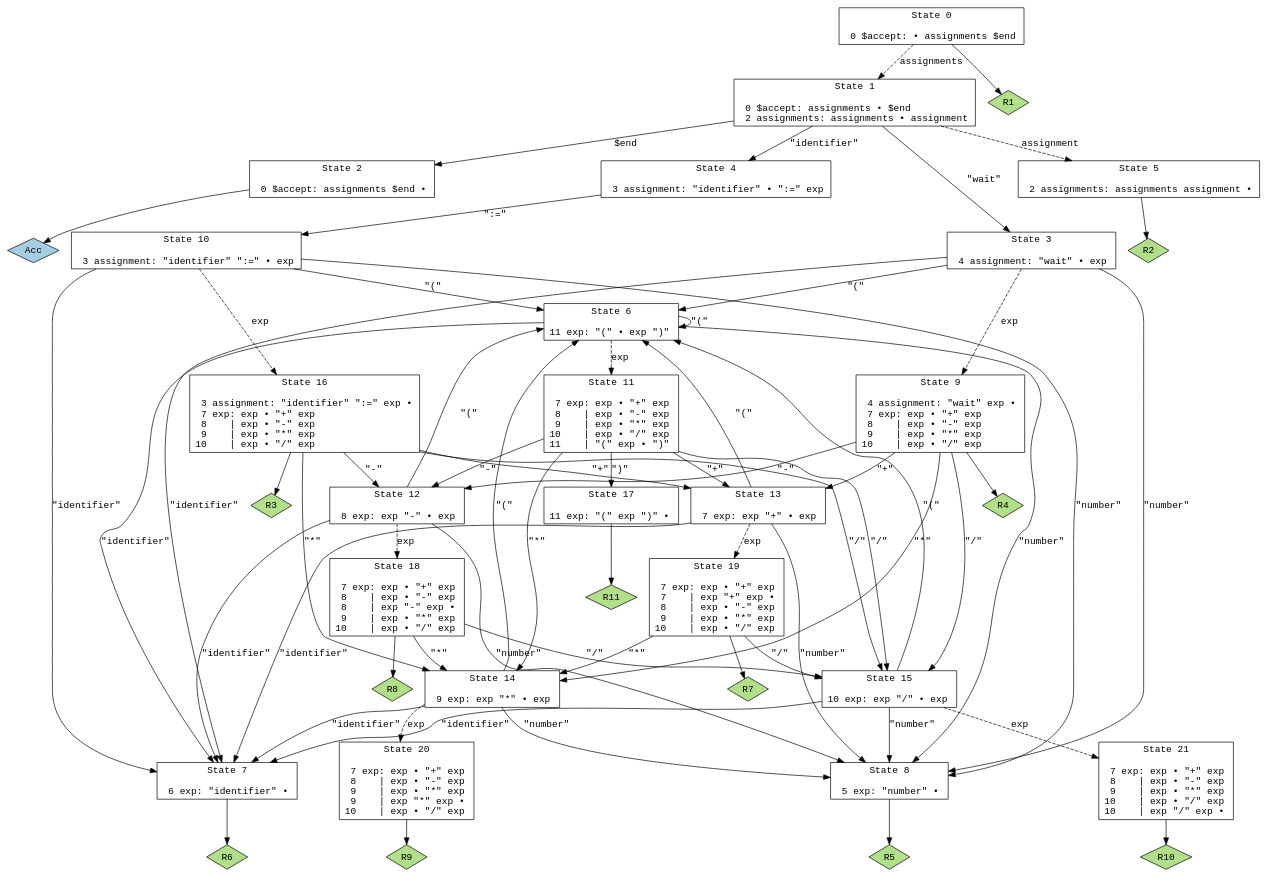
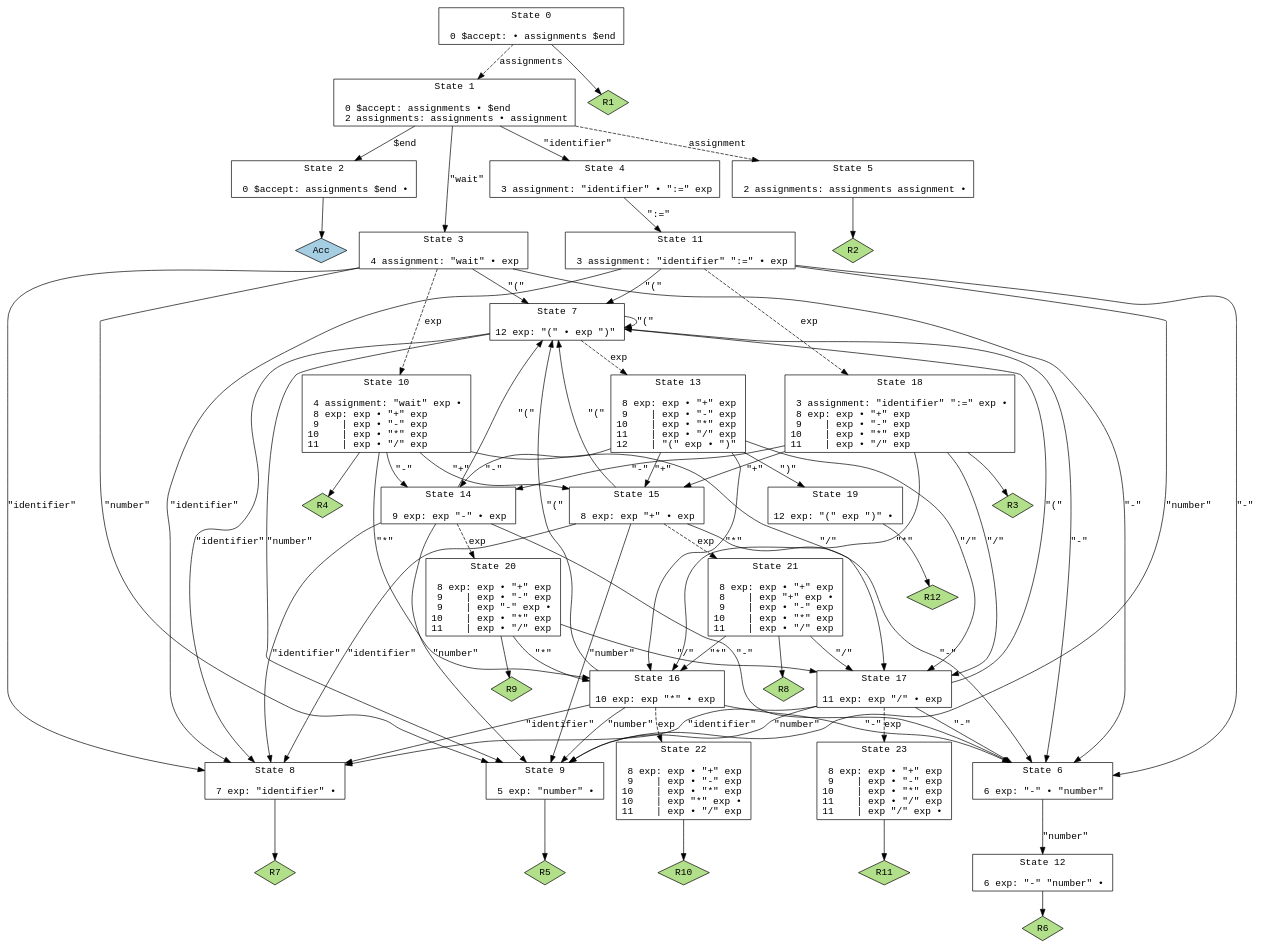
One commit to mahlenmorris/VCVRack changed the diagram in src/parser/parser.gv. Above: the diagram before and after it, drawn with Graphviz. The commit also changed 10 other files, not shown here.

```diff
--- a/src/parser/parser.gv
+++ b/src/parser/parser.gv
@@ -1,107 +1,119 @@
 // Generated by GNU Bison 3.8.2.
 // Report bugs to <bug-bison@gnu.org>.
 // Home page: <https://www.gnu.org/software/bison/>.
 
 digraph "parser.yy"
 {
   node [fontname = courier, shape = box, colorscheme = paired6]
   edge [fontname = courier]
 
   0 [label="State 0\n\l  0 $accept: • assignments $end\l"]
   0 -> 1 [style=dashed label="assignments"]
   0 -> "0R1" [style=solid]
  "0R1" [label="R1", fillcolor=3, shape=diamond, style=filled]
   1 [label="State 1\n\l  0 $accept: assignments • $end\l  2 assignments: assignments • assignment\l"]
   1 -> 2 [style=solid label="$end"]
   1 -> 3 [style=solid label="\"wait\""]
   1 -> 4 [style=solid label="\"identifier\""]
   1 -> 5 [style=dashed label="assignment"]
   2 [label="State 2\n\l  0 $accept: assignments $end •\l"]
   2 -> "2R0" [style=solid]
  "2R0" [label="Acc", fillcolor=1, shape=diamond, style=filled]
   3 [label="State 3\n\l  4 assignment: \"wait\" • exp\l"]
-  3 -> 6 [style=solid label="\"(\""]
-  3 -> 7 [style=solid label="\"identifier\""]
-  3 -> 8 [style=solid label="\"number\""]
-  3 -> 9 [style=dashed label="exp"]
+  3 -> 6 [style=solid label="\"-\""]
+  3 -> 7 [style=solid label="\"(\""]
+  3 -> 8 [style=solid label="\"identifier\""]
+  3 -> 9 [style=solid label="\"number\""]
+  3 -> 10 [style=dashed label="exp"]
   4 [label="State 4\n\l  3 assignment: \"identifier\" • \":=\" exp\l"]
-  4 -> 10 [style=solid label="\":=\""]
+  4 -> 11 [style=solid label="\":=\""]
   5 [label="State 5\n\l  2 assignments: assignments assignment •\l"]
   5 -> "5R2" [style=solid]
  "5R2" [label="R2", fillcolor=3, shape=diamond, style=filled]
-  6 [label="State 6\n\l 11 exp: \"(\" • exp \")\"\l"]
-  6 -> 6 [style=solid label="\"(\""]
-  6 -> 7 [style=solid label="\"identifier\""]
-  6 -> 8 [style=solid label="\"number\""]
-  6 -> 11 [style=dashed label="exp"]
-  7 [label="State 7\n\l  6 exp: \"identifier\" •\l"]
-  7 -> "7R6" [style=solid]
- "7R6" [label="R6", fillcolor=3, shape=diamond, style=filled]
-  8 [label="State 8\n\l  5 exp: \"number\" •\l"]
-  8 -> "8R5" [style=solid]
- "8R5" [label="R5", fillcolor=3, shape=diamond, style=filled]
-  9 [label="State 9\n\l  4 assignment: \"wait\" exp •\l  7 exp: exp • \"+\" exp\l  8    | exp • \"-\" exp\l  9    | exp • \"*\" exp\l 10    | exp • \"/\" exp\l"]
-  9 -> 12 [style=solid label="\"-\""]
-  9 -> 13 [style=solid label="\"+\""]
-  9 -> 14 [style=solid label="\"*\""]
-  9 -> 15 [style=solid label="\"/\""]
-  9 -> "9R4" [style=solid]
- "9R4" [label="R4", fillcolor=3, shape=diamond, style=filled]
-  10 [label="State 10\n\l  3 assignment: \"identifier\" \":=\" • exp\l"]
-  10 -> 6 [style=solid label="\"(\""]
-  10 -> 7 [style=solid label="\"identifier\""]
-  10 -> 8 [style=solid label="\"number\""]
-  10 -> 16 [style=dashed label="exp"]
-  11 [label="State 11\n\l  7 exp: exp • \"+\" exp\l  8    | exp • \"-\" exp\l  9    | exp • \"*\" exp\l 10    | exp • \"/\" exp\l 11    | \"(\" exp • \")\"\l"]
-  11 -> 12 [style=solid label="\"-\""]
-  11 -> 13 [style=solid label="\"+\""]
-  11 -> 14 [style=solid label="\"*\""]
-  11 -> 15 [style=solid label="\"/\""]
-  11 -> 17 [style=solid label="\")\""]
-  12 [label="State 12\n\l  8 exp: exp \"-\" • exp\l"]
-  12 -> 6 [style=solid label="\"(\""]
-  12 -> 7 [style=solid label="\"identifier\""]
-  12 -> 8 [style=solid label="\"number\""]
-  12 -> 18 [style=dashed label="exp"]
-  13 [label="State 13\n\l  7 exp: exp \"+\" • exp\l"]
-  13 -> 6 [style=solid label="\"(\""]
-  13 -> 7 [style=solid label="\"identifier\""]
-  13 -> 8 [style=solid label="\"number\""]
-  13 -> 19 [style=dashed label="exp"]
-  14 [label="State 14\n\l  9 exp: exp \"*\" • exp\l"]
-  14 -> 6 [style=solid label="\"(\""]
-  14 -> 7 [style=solid label="\"identifier\""]
-  14 -> 8 [style=solid label="\"number\""]
+  6 [label="State 6\n\l  6 exp: \"-\" • \"number\"\l"]
+  6 -> 12 [style=solid label="\"number\""]
+  7 [label="State 7\n\l 12 exp: \"(\" • exp \")\"\l"]
+  7 -> 6 [style=solid label="\"-\""]
+  7 -> 7 [style=solid label="\"(\""]
+  7 -> 8 [style=solid label="\"identifier\""]
+  7 -> 9 [style=solid label="\"number\""]
+  7 -> 13 [style=dashed label="exp"]
+  8 [label="State 8\n\l  7 exp: \"identifier\" •\l"]
+  8 -> "8R7" [style=solid]
+ "8R7" [label="R7", fillcolor=3, shape=diamond, style=filled]
+  9 [label="State 9\n\l  5 exp: \"number\" •\l"]
+  9 -> "9R5" [style=solid]
+ "9R5" [label="R5", fillcolor=3, shape=diamond, style=filled]
+  10 [label="State 10\n\l  4 assignment: \"wait\" exp •\l  8 exp: exp • \"+\" exp\l  9    | exp • \"-\" exp\l 10    | exp • \"*\" exp\l 11    | exp • \"/\" exp\l"]
+  10 -> 14 [style=solid label="\"-\""]
+  10 -> 15 [style=solid label="\"+\""]
+  10 -> 16 [style=solid label="\"*\""]
+  10 -> 17 [style=solid label="\"/\""]
+  10 -> "10R4" [style=solid]
+ "10R4" [label="R4", fillcolor=3, shape=diamond, style=filled]
+  11 [label="State 11\n\l  3 assignment: \"identifier\" \":=\" • exp\l"]
+  11 -> 6 [style=solid label="\"-\""]
+  11 -> 7 [style=solid label="\"(\""]
+  11 -> 8 [style=solid label="\"identifier\""]
+  11 -> 9 [style=solid label="\"number\""]
+  11 -> 18 [style=dashed label="exp"]
+  12 [label="State 12\n\l  6 exp: \"-\" \"number\" •\l"]
+  12 -> "12R6" [style=solid]
+ "12R6" [label="R6", fillcolor=3, shape=diamond, style=filled]
+  13 [label="State 13\n\l  8 exp: exp • \"+\" exp\l  9    | exp • \"-\" exp\l 10    | exp • \"*\" exp\l 11    | exp • \"/\" exp\l 12    | \"(\" exp • \")\"\l"]
+  13 -> 14 [style=solid label="\"-\""]
+  13 -> 15 [style=solid label="\"+\""]
+  13 -> 16 [style=solid label="\"*\""]
+  13 -> 17 [style=solid label="\"/\""]
+  13 -> 19 [style=solid label="\")\""]
+  14 [label="State 14\n\l  9 exp: exp \"-\" • exp\l"]
+  14 -> 6 [style=solid label="\"-\""]
+  14 -> 7 [style=solid label="\"(\""]
+  14 -> 8 [style=solid label="\"identifier\""]
+  14 -> 9 [style=solid label="\"number\""]
   14 -> 20 [style=dashed label="exp"]
-  15 [label="State 15\n\l 10 exp: exp \"/\" • exp\l"]
-  15 -> 6 [style=solid label="\"(\""]
-  15 -> 7 [style=solid label="\"identifier\""]
-  15 -> 8 [style=solid label="\"number\""]
+  15 [label="State 15\n\l  8 exp: exp \"+\" • exp\l"]
+  15 -> 6 [style=solid label="\"-\""]
+  15 -> 7 [style=solid label="\"(\""]
+  15 -> 8 [style=solid label="\"identifier\""]
+  15 -> 9 [style=solid label="\"number\""]
   15 -> 21 [style=dashed label="exp"]
-  16 [label="State 16\n\l  3 assignment: \"identifier\" \":=\" exp •\l  7 exp: exp • \"+\" exp\l  8    | exp • \"-\" exp\l  9    | exp • \"*\" exp\l 10    | exp • \"/\" exp\l"]
-  16 -> 12 [style=solid label="\"-\""]
-  16 -> 13 [style=solid label="\"+\""]
-  16 -> 14 [style=solid label="\"*\""]
-  16 -> 15 [style=solid label="\"/\""]
-  16 -> "16R3" [style=solid]
- "16R3" [label="R3", fillcolor=3, shape=diamond, style=filled]
-  17 [label="State 17\n\l 11 exp: \"(\" exp \")\" •\l"]
-  17 -> "17R11" [style=solid]
- "17R11" [label="R11", fillcolor=3, shape=diamond, style=filled]
-  18 [label="State 18\n\l  7 exp: exp • \"+\" exp\l  8    | exp • \"-\" exp\l  8    | exp \"-\" exp •\l  9    | exp • \"*\" exp\l 10    | exp • \"/\" exp\l"]
-  18 -> 14 [style=solid label="\"*\""]
-  18 -> 15 [style=solid label="\"/\""]
-  18 -> "18R8" [style=solid]
- "18R8" [label="R8", fillcolor=3, shape=diamond, style=filled]
-  19 [label="State 19\n\l  7 exp: exp • \"+\" exp\l  7    | exp \"+\" exp •\l  8    | exp • \"-\" exp\l  9    | exp • \"*\" exp\l 10    | exp • \"/\" exp\l"]
-  19 -> 14 [style=solid label="\"*\""]
-  19 -> 15 [style=solid label="\"/\""]
-  19 -> "19R7" [style=solid]
- "19R7" [label="R7", fillcolor=3, shape=diamond, style=filled]
-  20 [label="State 20\n\l  7 exp: exp • \"+\" exp\l  8    | exp • \"-\" exp\l  9    | exp • \"*\" exp\l  9    | exp \"*\" exp •\l 10    | exp • \"/\" exp\l"]
+  16 [label="State 16\n\l 10 exp: exp \"*\" • exp\l"]
+  16 -> 6 [style=solid label="\"-\""]
+  16 -> 7 [style=solid label="\"(\""]
+  16 -> 8 [style=solid label="\"identifier\""]
+  16 -> 9 [style=solid label="\"number\""]
+  16 -> 22 [style=dashed label="exp"]
+  17 [label="State 17\n\l 11 exp: exp \"/\" • exp\l"]
+  17 -> 6 [style=solid label="\"-\""]
+  17 -> 7 [style=solid label="\"(\""]
+  17 -> 8 [style=solid label="\"identifier\""]
+  17 -> 9 [style=solid label="\"number\""]
+  17 -> 23 [style=dashed label="exp"]
+  18 [label="State 18\n\l  3 assignment: \"identifier\" \":=\" exp •\l  8 exp: exp • \"+\" exp\l  9    | exp • \"-\" exp\l 10    | exp • \"*\" exp\l 11    | exp • \"/\" exp\l"]
+  18 -> 14 [style=solid label="\"-\""]
+  18 -> 15 [style=solid label="\"+\""]
+  18 -> 16 [style=solid label="\"*\""]
+  18 -> 17 [style=solid label="\"/\""]
+  18 -> "18R3" [style=solid]
+ "18R3" [label="R3", fillcolor=3, shape=diamond, style=filled]
+  19 [label="State 19\n\l 12 exp: \"(\" exp \")\" •\l"]
+  19 -> "19R12" [style=solid]
+ "19R12" [label="R12", fillcolor=3, shape=diamond, style=filled]
+  20 [label="State 20\n\l  8 exp: exp • \"+\" exp\l  9    | exp • \"-\" exp\l  9    | exp \"-\" exp •\l 10    | exp • \"*\" exp\l 11    | exp • \"/\" exp\l"]
+  20 -> 16 [style=solid label="\"*\""]
+  20 -> 17 [style=solid label="\"/\""]
   20 -> "20R9" [style=solid]
  "20R9" [label="R9", fillcolor=3, shape=diamond, style=filled]
-  21 [label="State 21\n\l  7 exp: exp • \"+\" exp\l  8    | exp • \"-\" exp\l  9    | exp • \"*\" exp\l 10    | exp • \"/\" exp\l 10    | exp \"/\" exp •\l"]
-  21 -> "21R10" [style=solid]
- "21R10" [label="R10", fillcolor=3, shape=diamond, style=filled]
+  21 [label="State 21\n\l  8 exp: exp • \"+\" exp\l  8    | exp \"+\" exp •\l  9    | exp • \"-\" exp\l 10    | exp • \"*\" exp\l 11    | exp • \"/\" exp\l"]
+  21 -> 16 [style=solid label="\"*\""]
+  21 -> 17 [style=solid label="\"/\""]
+  21 -> "21R8" [style=solid]
+ "21R8" [label="R8", fillcolor=3, shape=diamond, style=filled]
+  22 [label="State 22\n\l  8 exp: exp • \"+\" exp\l  9    | exp • \"-\" exp\l 10    | exp • \"*\" exp\l 10    | exp \"*\" exp •\l 11    | exp • \"/\" exp\l"]
+  22 -> "22R10" [style=solid]
+ "22R10" [label="R10", fillcolor=3, shape=diamond, style=filled]
+  23 [label="State 23\n\l  8 exp: exp • \"+\" exp\l  9    | exp • \"-\" exp\l 10    | exp • \"*\" exp\l 11    | exp • \"/\" exp\l 11    | exp \"/\" exp •\l"]
+  23 -> "23R11" [style=solid]
+ "23R11" [label="R11", fillcolor=3, shape=diamond, style=filled]
 }
```
